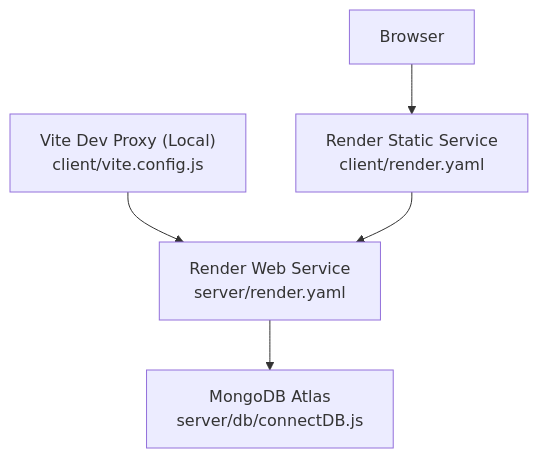
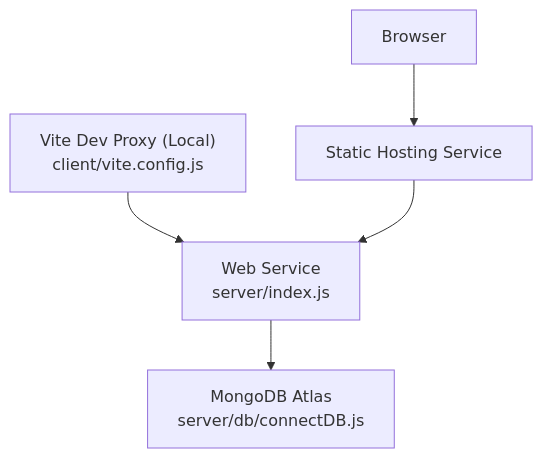
Before and after one commit to aayeshasiddiqah2611-pixel/flavora_ai_server: the second of 9 diagrams in .qoder/repowiki/en/content/Deployment and Distribution/Deployment Configuration.md, drawn with Mermaid. The commit also changed other lines of this file and 7 other files, not shown here.

````diff
--- a/.qoder/repowiki/en/content/Deployment and Distribution/Deployment Configuration.md
+++ b/.qoder/repowiki/en/content/Deployment and Distribution/Deployment Configuration.md
@@ -143,12 +144,12 @@
 ```mermaid
 graph TB
 Browser["Browser"]
-CDN["Render Static Service<br/>client/render.yaml"]
+CDN["Static Hosting Service"]
 Proxy["Vite Dev Proxy (Local)<br/>client/vite.config.js"]
-API["Render Web Service<br/>server/render.yaml"]
+API["Web Service<br/>server/index.js"]
 DB["MongoDB Atlas<br/>server/db/connectDB.js"]
 Browser --> CDN
 Proxy --> API
 CDN --> API
 API --> DB
 ```
````
